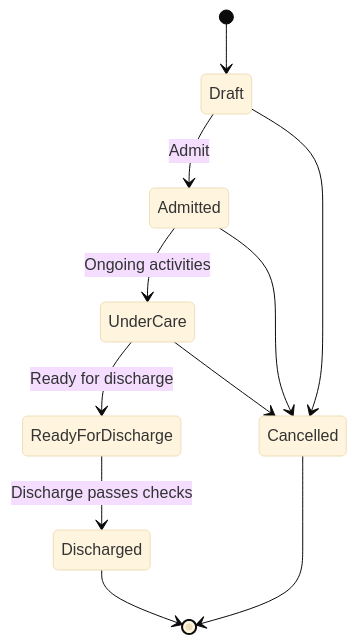
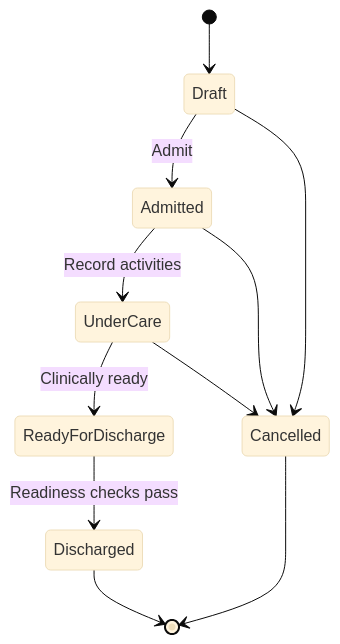
Before and after one commit to olayemigod/VetEdge: the diagram in docs/training/veterinary_doctor_operations/hospitalisation_workflow.md, drawn with Mermaid (base theme). The commit also changed other lines of this file and 24 other files, not shown here.

````diff
--- a/docs/training/veterinary_doctor_operations/hospitalisation_workflow.md
+++ b/docs/training/veterinary_doctor_operations/hospitalisation_workflow.md
@@ -20,13 +20,13 @@
 ```mermaid
 stateDiagram-v2
     [*] --> Draft
     Draft --> Admitted: Admit
-    Admitted --> UnderCare: Ongoing activities
-    UnderCare --> ReadyForDischarge: Ready for discharge
-    ReadyForDischarge --> Discharged: Discharge passes checks
+    Admitted --> UnderCare: Record activities
+    UnderCare --> ReadyForDischarge: Clinically ready
+    ReadyForDischarge --> Discharged: Readiness checks pass
     Draft --> Cancelled
     Admitted --> Cancelled
     UnderCare --> Cancelled
     Discharged --> [*]
     Cancelled --> [*]
 ```
````
